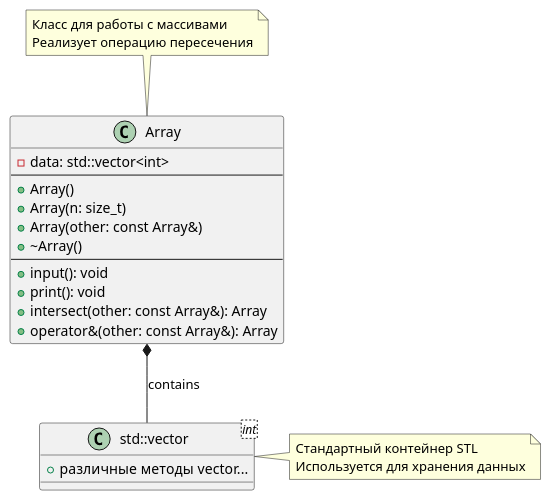
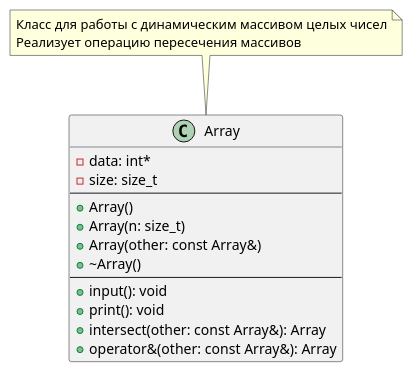
The diagram in PNYA/lab1/test.puml (vi13x/Labs), drawn with PlantUML before and after one commit. The commit also changed 4 other files, not shown here.

```diff
--- a/PNYA/lab1/test.puml
+++ b/PNYA/lab1/test.puml
@@ -1,36 +1,24 @@
 @startuml
 ' Класс Array
 class Array {
-  - data: std::vector<int>
+  - data: int*
+  - size: size_t
   --
   + Array()
   + Array(n: size_t)
   + Array(other: const Array&)
   + ~Array()
   --
   + input(): void
   + print(): void
   + intersect(other: const Array&): Array
   + operator&(other: const Array&): Array
 }
 
-' Вектор из STL (стандартная библиотека)
-class "std::vector<int>" as Vector {
-  + различные методы vector...
-}
-
-' Связь композиции (Array содержит Vector)
-Array *-- Vector : contains
-
 ' Примечания
 note top of Array
-  Класс для работы с массивами
-  Реализует операцию пересечения
-end note
-
-note right of Vector
-  Стандартный контейнер STL
-  Используется для хранения данных
+  Класс для работы с динамическим массивом целых чисел
+  Реализует операцию пересечения массивов
 end note
 
 @enduml
```
